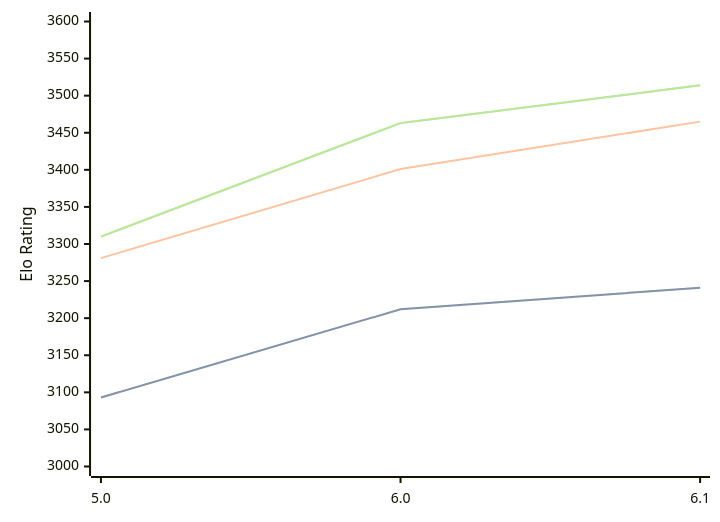
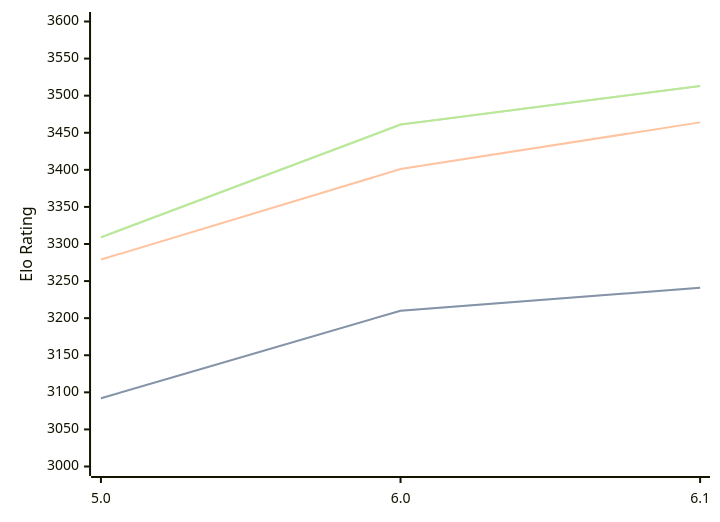
One commit to computer-chess-index/cci changed the diagram in engines/PZChessBot.md. Above: the diagram before and after it, drawn with Mermaid. The commit also changed other lines of this file, not shown here.

Commit message:
Update CCI Ratings (ELO VLTC) - 2026-03-07

````diff
--- a/engines/PZChessBot.md
+++ b/engines/PZChessBot.md
@@ -40,11 +40,11 @@
 ```mermaid
 %%{init: {"theme":"base","themeVariables":{"seriesColors:['#a3a3a3','#222221','#faa371']}}}%%
 xychart-beta
   x-axis ["5.0", "6.0", "6.1"]
   y-axis "Elo Rating" 3000 --> 3600
-  line "STC (8.0+0.08s)" [3093, 3212, 3241]
-  line "STC (8.0+0.08s)" [3093, 3212, 3241]
-  line "LTC (60.0+0.60s)" [3281, 3401, 3465]
-  line "VLTC (2m24s+1.12s)" [3310, 3463, 3514]
-  line "VLTC (2m24s+1.12s)" [3310, 3463, 3514]
+  line "STC (8.0+0.08s)" [3092, 3210, 3241]
+  line "STC (8.0+0.08s)" [3092, 3210, 3241]
+  line "LTC (60.0+0.60s)" [3279, 3401, 3464]
+  line "VLTC (2m24s+1.12s)" [3309, 3461, 3513]
+  line "VLTC (2m24s+1.12s)" [3309, 3461, 3513]
 ```
````
